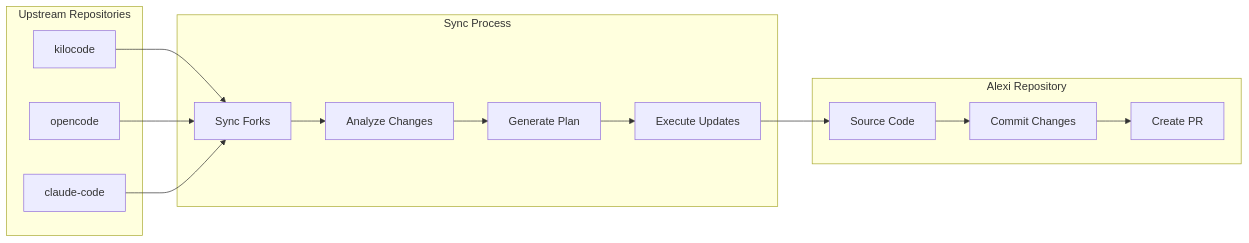
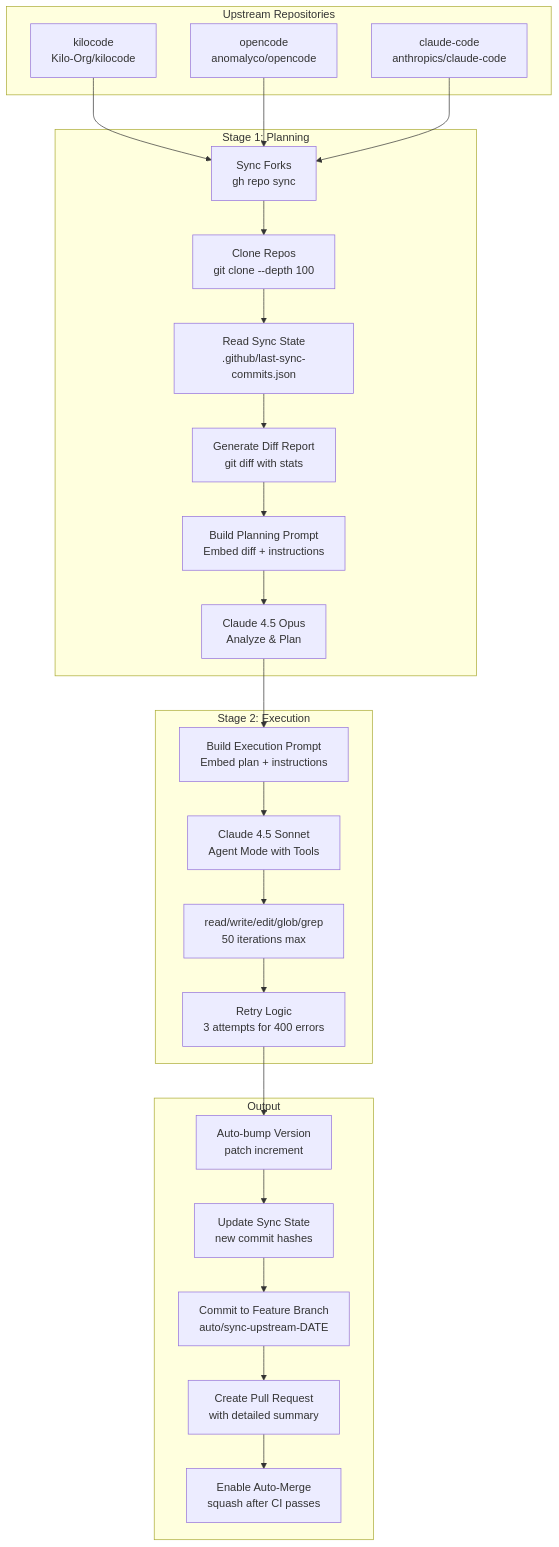
Before and after one commit to ausardcompany/alexi: the third of 3 diagrams in docs/AUTOMATION.md, drawn with Mermaid. The commit also changed other lines of this file and 2 other files, not shown here.

Commit message:
docs: auto-generate documentation [skip ci] [alexi-bot]

````diff
--- a/docs/AUTOMATION.md
+++ b/docs/AUTOMATION.md
@@ -145,31 +287,50 @@
 ```mermaid
-graph LR
+graph TB
     subgraph Upstream["Upstream Repositories"]
-        Kilo[kilocode]
-        Open[opencode]
-        Claude[claude-code]
+        Kilo[kilocode<br/>Kilo-Org/kilocode]
+        Open[opencode<br/>anomalyco/opencode]
+        Claude[claude-code<br/>anthropics/claude-code]
     end
     
-    subgraph Sync["Sync Process"]
-        Fork[Sync Forks]
-        Analyze[Analyze Changes]
-        Plan[Generate Plan]
-        Execute[Execute Updates]
+    subgraph Stage1["Stage 1: Planning"]
+        SyncForks[Sync Forks<br/>gh repo sync]
+        Clone[Clone Repos<br/>git clone --depth 100]
+        ReadState[Read Sync State<br/>.github/last-sync-commits.json]
+        GenDiff[Generate Diff Report<br/>git diff with stats]
+        PlanPrompt[Build Planning Prompt<br/>Embed diff + instructions]
+        Opus[Claude 4.5 Opus<br/>Analyze & Plan]
     end
     
-    subgraph Alexi["Alexi Repository"]
-        Code[Source Code]
-        Commit[Commit Changes]
-        PR[Create PR]
+    subgraph Stage2["Stage 2: Execution"]
+        ExecPrompt[Build Execution Prompt<br/>Embed plan + instructions]
+        Sonnet[Claude 4.5 Sonnet<br/>Agent Mode with Tools]
+        Tools[read/write/edit/glob/grep<br/>50 iterations max]
+        Retry[Retry Logic<br/>3 attempts for 400 errors]
     end
     
-    Kilo --> Fork
-    Open --> Fork
-    Claude --> Fork
-    Fork --> Analyze
-    Analyze --> Plan
-    Plan --> Execute
-    Execute --> Code
-    Code --> Commit
-    Commit --> PR
+    subgraph Output["Output"]
+        BumpVer[Auto-bump Version<br/>patch increment]
+        UpdateState[Update Sync State<br/>new commit hashes]
+        Commit[Commit to Feature Branch<br/>auto/sync-upstream-DATE]
+        CreatePR[Create Pull Request<br/>with detailed summary]
+        AutoMerge[Enable Auto-Merge<br/>squash after CI passes]
+    end
+    
+    Kilo --> SyncForks
+    Open --> SyncForks
+    Claude --> SyncForks
+    SyncForks --> Clone
+    Clone --> ReadState
+    ReadState --> GenDiff
+    GenDiff --> PlanPrompt
+    PlanPrompt --> Opus
+    Opus --> ExecPrompt
+    ExecPrompt --> Sonnet
+    Sonnet --> Tools
+    Tools --> Retry
+    Retry --> BumpVer
+    BumpVer --> UpdateState
+    UpdateState --> Commit
+    Commit --> CreatePR
+    CreatePR --> AutoMerge
 ```
````
